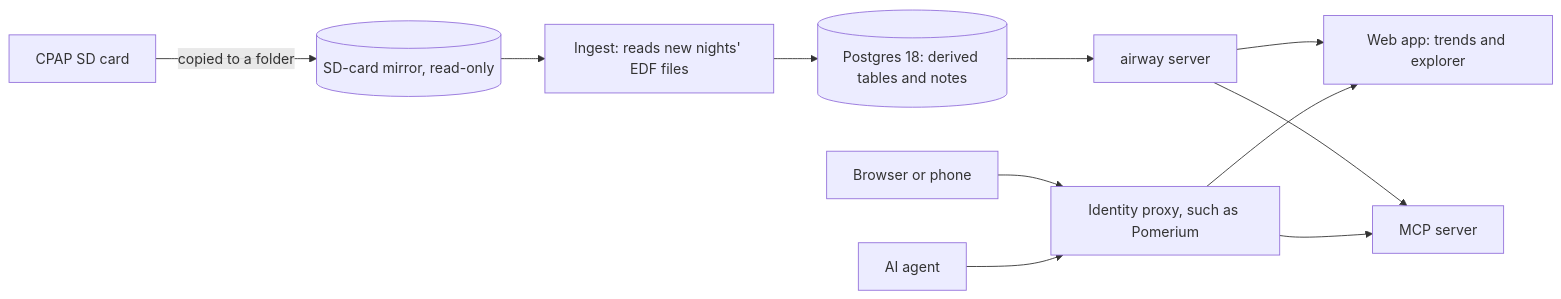
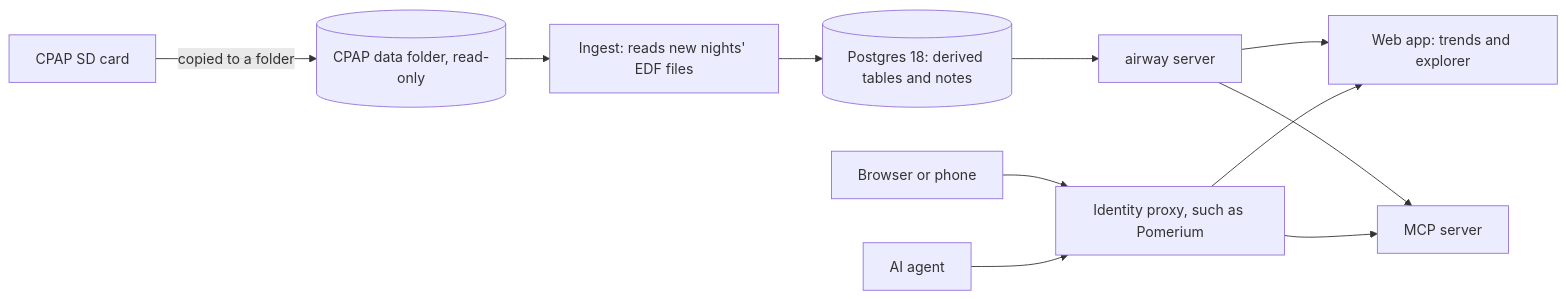
The diagram in README.md (bojanrajkovic/airway), drawn with Mermaid before and after one commit. The commit also changed 56 other files, not shown here.

````diff
--- a/README.md
+++ b/README.md
@@ -15,13 +15,13 @@
 ```mermaid
 flowchart LR
-  card[CPAP SD card] -->|copied to a folder| mirror[(SD-card mirror, read-only)]
-  mirror --> ingest[Ingest: reads new nights' EDF files]
+  card[CPAP SD card] -->|copied to a folder| data[(CPAP data folder, read-only)]
+  data --> ingest[Ingest: reads new nights' EDF files]
   ingest --> pg[(Postgres 18: derived tables and notes)]
   pg --> server[airway server]
   server --> web[Web app: trends and explorer]
   server --> mcp[MCP server]
   browser[Browser or phone] --> proxy[Identity proxy, such as Pomerium]
   agent[AI agent] --> proxy
   proxy --> web
   proxy --> mcp
 ```
````
